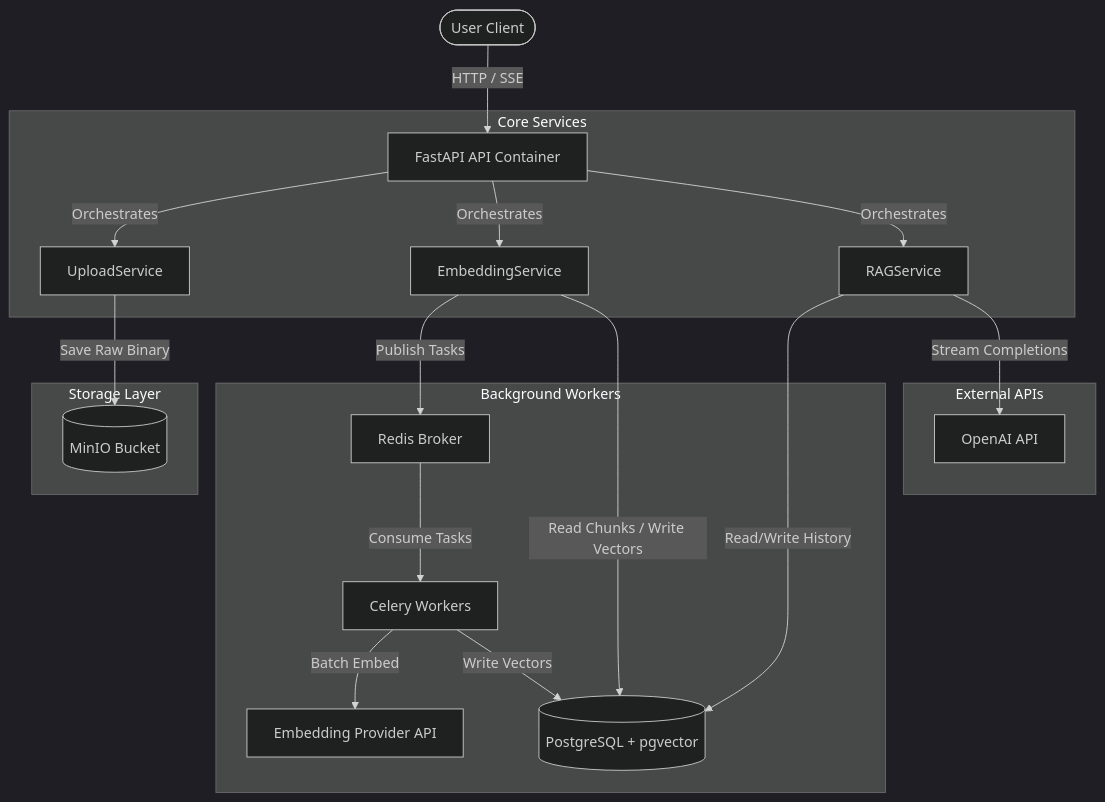
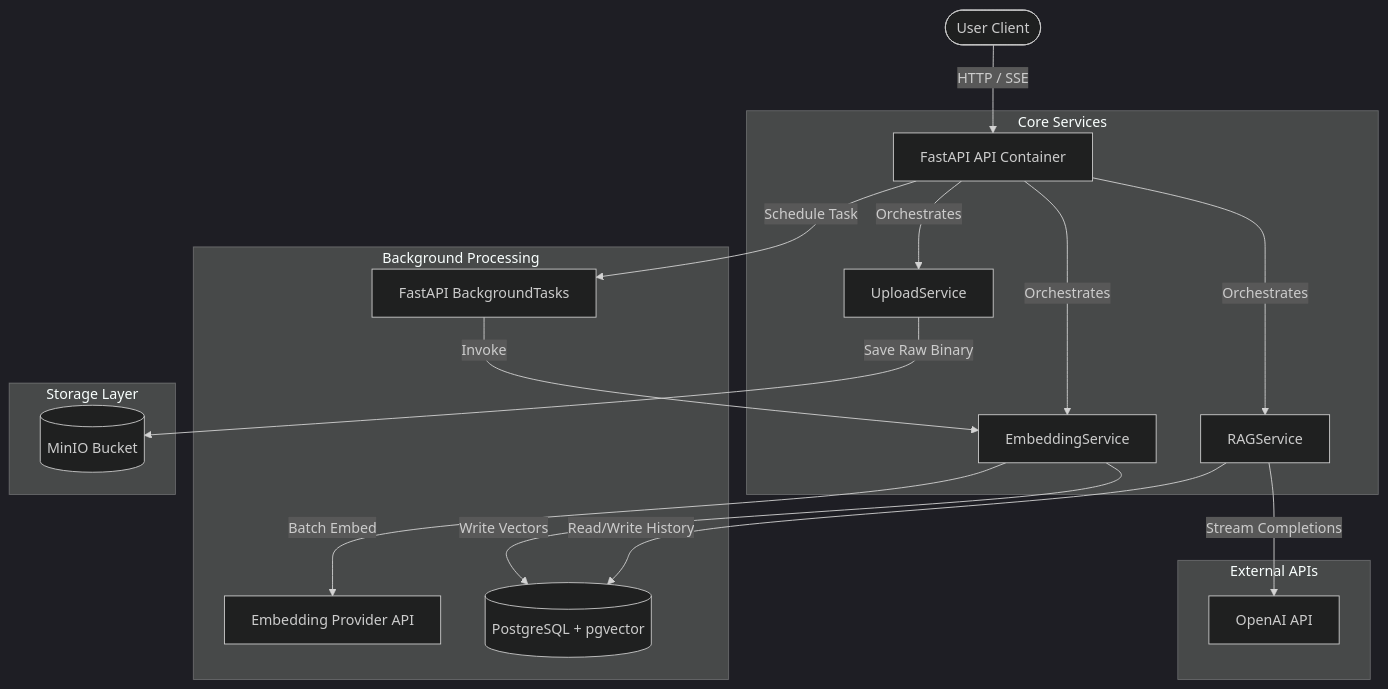
Before and after one commit to Urvity03/MLCopilot-Platform: the diagram in docs/architecture/33-system-overview.md, drawn with Mermaid (dark theme). The commit also changed other lines of this file and 1 other file, not shown here.

Commit message:
docs: correct document processing, embeddings, RAG, and system overview to accurately reflect current FastAPI BackgroundTasks implementation

````diff
--- a/docs/architecture/33-system-overview.md
+++ b/docs/architecture/33-system-overview.md
@@ -96,27 +94,26 @@
 ```mermaid
 graph TD
     User([User Client]) -->|HTTP / SSE| API[FastAPI API Container]
     
     subgraph Core Services
         API -->|Orchestrates| Uploads[UploadService]
         API -->|Orchestrates| Embeds[EmbeddingService]
         API -->|Orchestrates| RAG[RAGService]
     end
 
-    subgraph Background Workers
-        Embeds -->|Publish Tasks| Redis[Redis Broker]
-        Redis -->|Consume Tasks| Celery[Celery Workers]
-        Celery -->|Batch Embed| LLM[Embedding Provider API]
-        Celery -->|Write Vectors| DB
+    subgraph Background Processing
+        API -->|Schedule Task| BG[FastAPI BackgroundTasks]
+        BG -->|Invoke| Embeds
+        Embeds -->|Batch Embed| LLM[Embedding Provider API]
+        Embeds -->|Write Vectors| DB[(PostgreSQL + pgvector)]
     end
 
     subgraph Storage Layer
         Uploads -->|Save Raw Binary| MinIO[(MinIO Bucket)]
-        RAG -->|Read/Write History| DB[(PostgreSQL + pgvector)]
-        Embeds -->|Read Chunks / Write Vectors| DB
+        RAG -->|Read/Write History| DB
     end
 
     subgraph External APIs
         RAG -->|Stream Completions| OpenAI[OpenAI API]
     end
 ```
````
